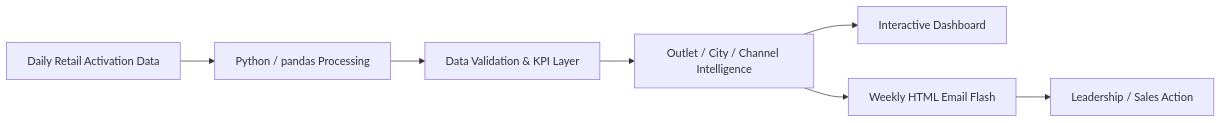
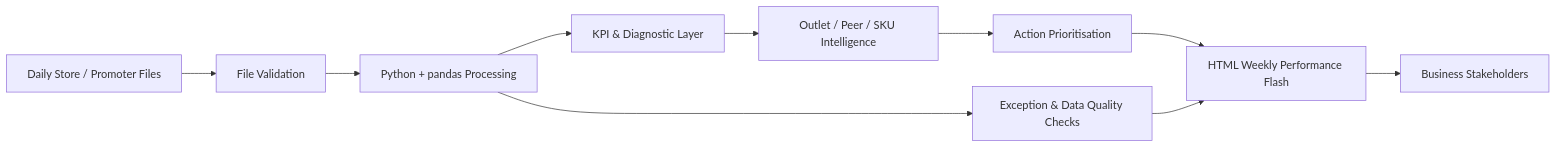
One commit to Kruze-13/traya-retail-intelligence changed the diagram in README.md. Above: the diagram before and after it, drawn with Mermaid. The commit also changed other lines of this file and 4 other files, not shown here.

````diff
--- a/README.md
+++ b/README.md
@@ -139,9 +227,13 @@
 ```mermaid
 flowchart LR
-    A[Daily Retail Activation Data] --> B[Python / pandas Processing]
-    B --> C[Data Validation & KPI Layer]
-    C --> D[Outlet / City / Channel Intelligence]
-    D --> E[Interactive Dashboard]
-    D --> F[Weekly HTML Email Flash]
-    F --> G[Leadership / Sales Action]
+    A[Daily Store / Promoter Files] --> B[File Validation]
+    B --> C[Python + pandas Processing]
+    C --> D[KPI & Diagnostic Layer]
+    D --> E[Outlet / Peer / SKU Intelligence]
+    E --> F[Action Prioritisation]
+    F --> G[HTML Weekly Performance Flash]
+    G --> H[Business Stakeholders]
+
+    C --> I[Exception & Data Quality Checks]
+    I --> G
 ```
````
